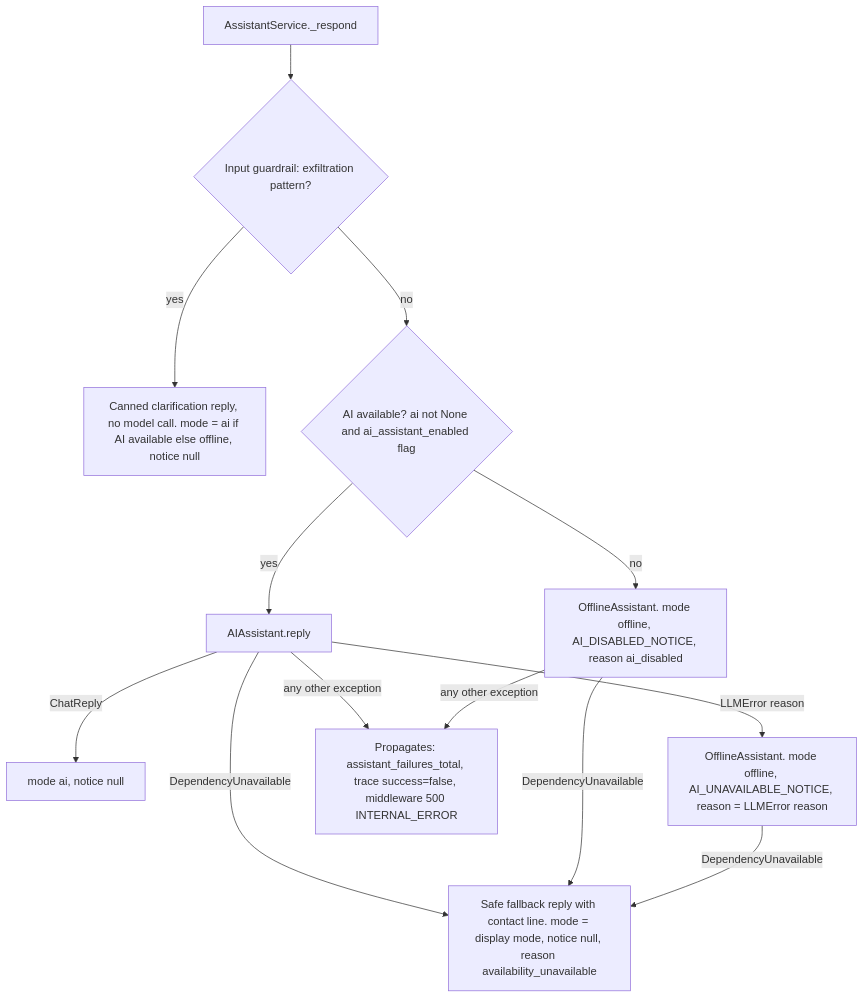
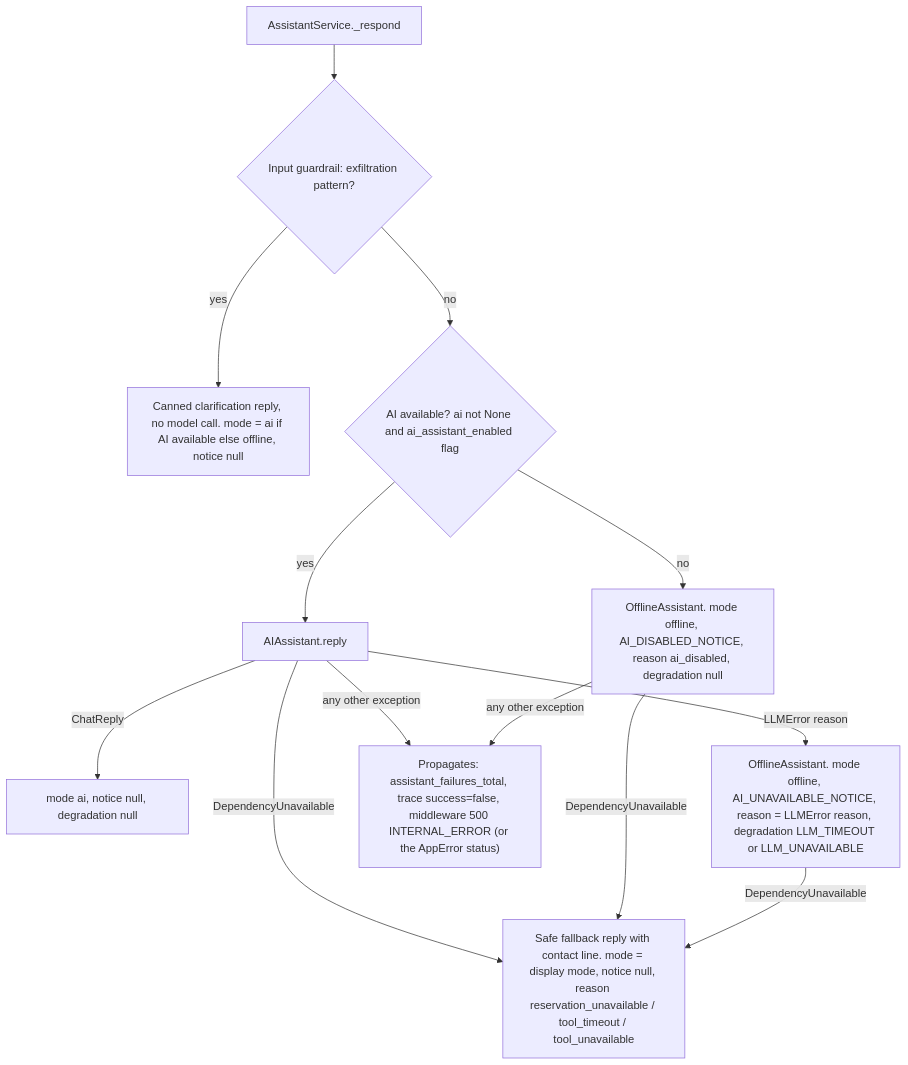
Before and after one commit to chandu0580/simplotel-agent: the sixth of 10 diagrams in docs/SYSTEM_DESIGN.md, drawn with Mermaid. The commit also changed other lines of this file and 112 other files, not shown here.

````diff
--- a/docs/SYSTEM_DESIGN.md
+++ b/docs/SYSTEM_DESIGN.md
@@ -288,15 +329,15 @@
 ```mermaid
 flowchart TD
     S["AssistantService._respond"] --> IG{"Input guardrail: exfiltration pattern?"}
     IG -->|"yes"| GB["Canned clarification reply, no model call. mode = ai if AI available else offline, notice null"]
     IG -->|"no"| AV{"AI available? ai not None and ai_assistant_enabled flag"}
-    AV -->|"no"| OFF1["OfflineAssistant. mode offline, AI_DISABLED_NOTICE, reason ai_disabled"]
+    AV -->|"no"| OFF1["OfflineAssistant. mode offline, AI_DISABLED_NOTICE, reason ai_disabled, degradation null"]
     AV -->|"yes"| CALL["AIAssistant.reply"]
-    CALL -->|"ChatReply"| OK["mode ai, notice null"]
-    CALL -->|"LLMError reason"| OFF2["OfflineAssistant. mode offline, AI_UNAVAILABLE_NOTICE, reason = LLMError reason"]
-    CALL -->|"DependencyUnavailable"| DU["Safe fallback reply with contact line. mode = display mode, notice null, reason availability_unavailable"]
+    CALL -->|"ChatReply"| OK["mode ai, notice null, degradation null"]
+    CALL -->|"LLMError reason"| OFF2["OfflineAssistant. mode offline, AI_UNAVAILABLE_NOTICE, reason = LLMError reason, degradation LLM_TIMEOUT or LLM_UNAVAILABLE"]
+    CALL -->|"DependencyUnavailable"| DU["Safe fallback reply with contact line. mode = display mode, notice null, reason reservation_unavailable / tool_timeout / tool_unavailable"]
     OFF1 -->|"DependencyUnavailable"| DU
     OFF2 -->|"DependencyUnavailable"| DU
-    CALL -->|"any other exception"| BUG["Propagates: assistant_failures_total, trace success=false, middleware 500 INTERNAL_ERROR"]
+    CALL -->|"any other exception"| BUG["Propagates: assistant_failures_total, trace success=false, middleware 500 INTERNAL_ERROR (or the AppError status)"]
     OFF1 -->|"any other exception"| BUG
 ```
````
